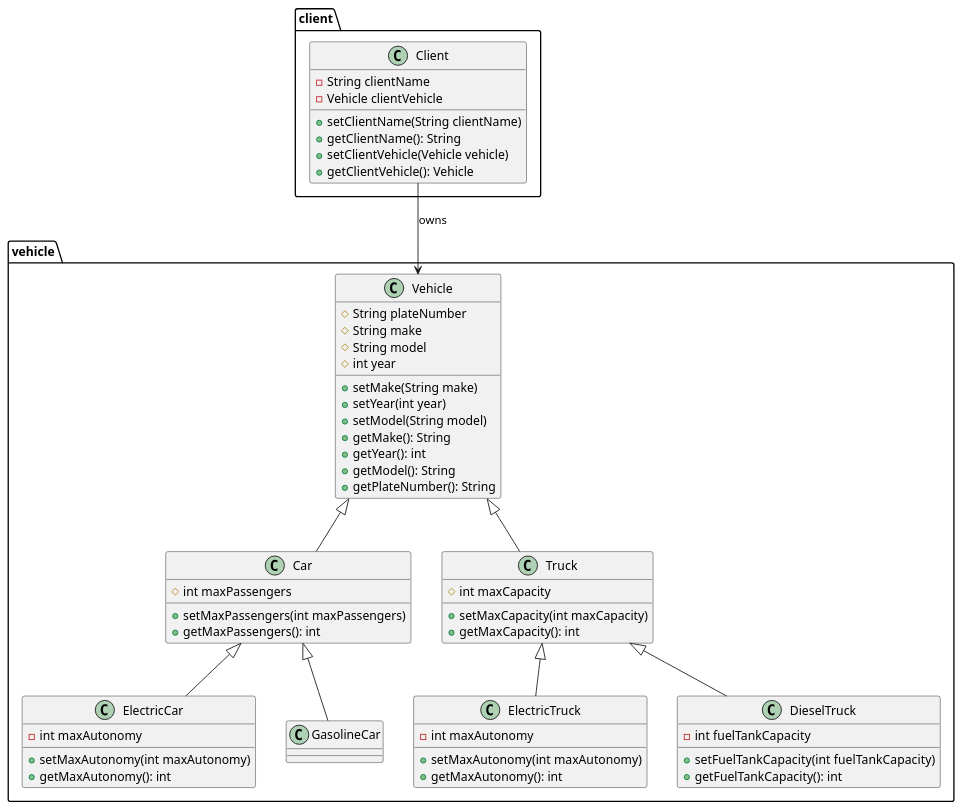
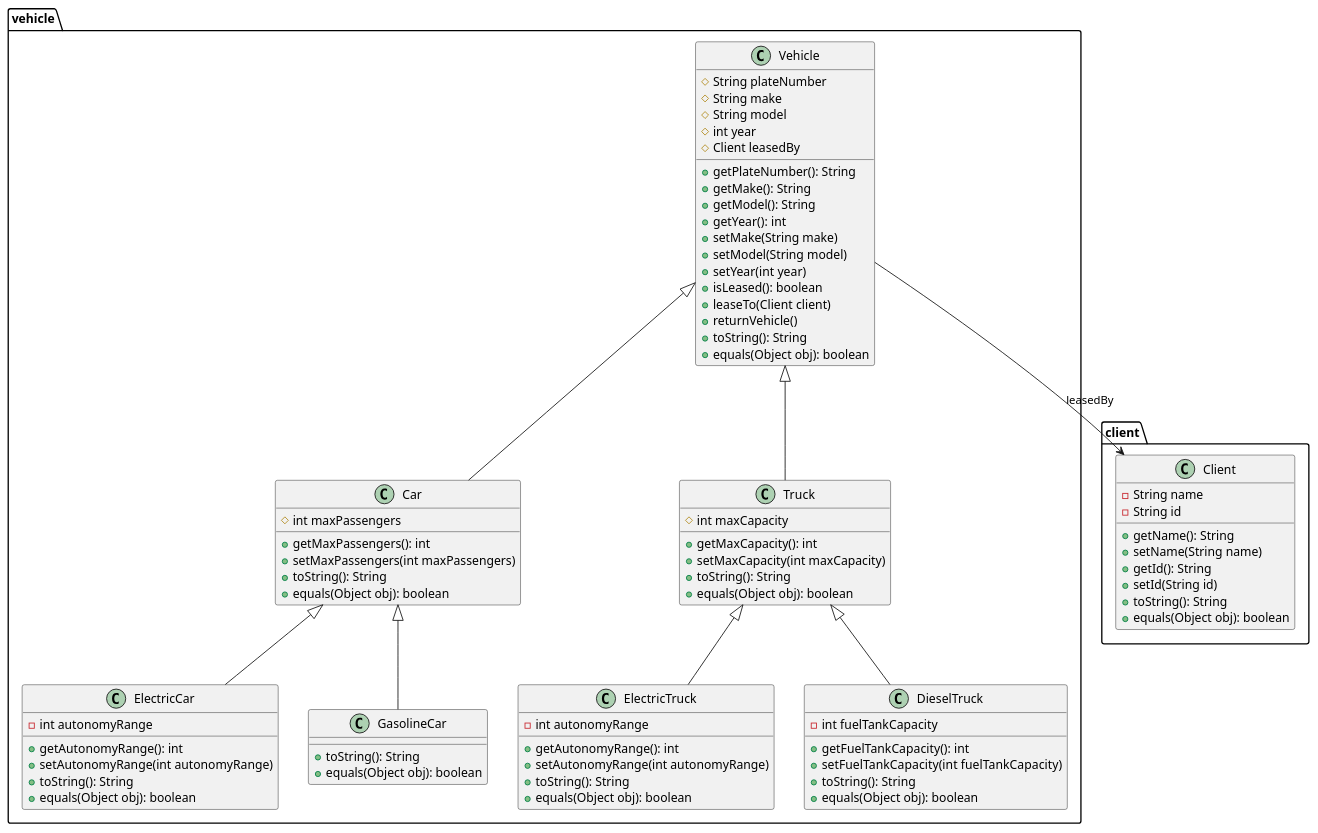
Before and after one commit to EmileGhattas/COMP249_Assignment_1: the diagram in UML Diagram.puml, drawn with PlantUML.

Commit message:
updated UML

```diff
--- a/UML Diagram.puml
+++ b/UML Diagram.puml
@@ -1,67 +1,87 @@
 @startuml
-'https://plantuml.com/class-diagram
+' https://plantuml.com/class-diagram
 
 package vehicle {
     class Vehicle {
         # String plateNumber
         # String make
         # String model
         # int year
+        # Client leasedBy
+        + getPlateNumber(): String
+        + getMake(): String
+        + getModel(): String
+        + getYear(): int
         + setMake(String make)
+        + setModel(String model)
         + setYear(int year)
-        + setModel(String model)
-        + getMake(): String
-        + getYear(): int
-        + getModel(): String
-        + getPlateNumber(): String
+        + isLeased(): boolean
+        + leaseTo(Client client)
+        + returnVehicle()
+        + toString(): String
+        + equals(Object obj): boolean
     }
 
     class Car extends Vehicle {
         # int maxPassengers
+        + getMaxPassengers(): int
         + setMaxPassengers(int maxPassengers)
-        + getMaxPassengers(): int
+        + toString(): String
+        + equals(Object obj): boolean
     }
 
     class Truck extends Vehicle {
         # int maxCapacity
+        + getMaxCapacity(): int
         + setMaxCapacity(int maxCapacity)
-        + getMaxCapacity(): int
+        + toString(): String
+        + equals(Object obj): boolean
     }
 
     class ElectricCar extends Car {
-        - int maxAutonomy
-        + setMaxAutonomy(int maxAutonomy)
-        + getMaxAutonomy(): int
+        - int autonomyRange
+        + getAutonomyRange(): int
+        + setAutonomyRange(int autonomyRange)
+        + toString(): String
+        + equals(Object obj): boolean
     }
 
     class GasolineCar extends Car {
+        + toString(): String
+        + equals(Object obj): boolean
     }
 
     class ElectricTruck extends Truck {
-        - int maxAutonomy
-        + setMaxAutonomy(int maxAutonomy)
-        + getMaxAutonomy(): int
+        - int autonomyRange
+        + getAutonomyRange(): int
+        + setAutonomyRange(int autonomyRange)
+        + toString(): String
+        + equals(Object obj): boolean
     }
 
     class DieselTruck extends Truck {
         - int fuelTankCapacity
+        + getFuelTankCapacity(): int
         + setFuelTankCapacity(int fuelTankCapacity)
-        + getFuelTankCapacity(): int
+        + toString(): String
+        + equals(Object obj): boolean
     }
 }
 
 package client {
     class Client {
-        - String clientName
-        - Vehicle clientVehicle
-        + setClientName(String clientName)
-        + getClientName(): String
-        + setClientVehicle(Vehicle vehicle)
-        + getClientVehicle(): Vehicle
+        - String name
+        - String id
+        + getName(): String
+        + setName(String name)
+        + getId(): String
+        + setId(String id)
+        + toString(): String
+        + equals(Object obj): boolean
     }
-
-    Client --> Vehicle : owns
 }
 
+' Association: Each Vehicle may be leased by a Client.
+Vehicle --> Client : leasedBy
 
 @enduml
```
